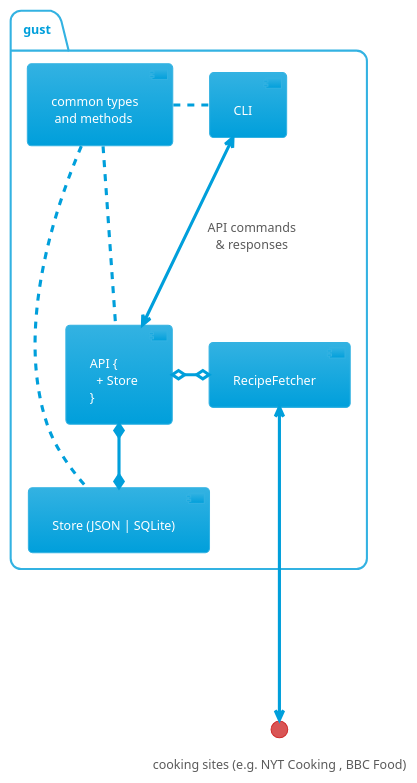
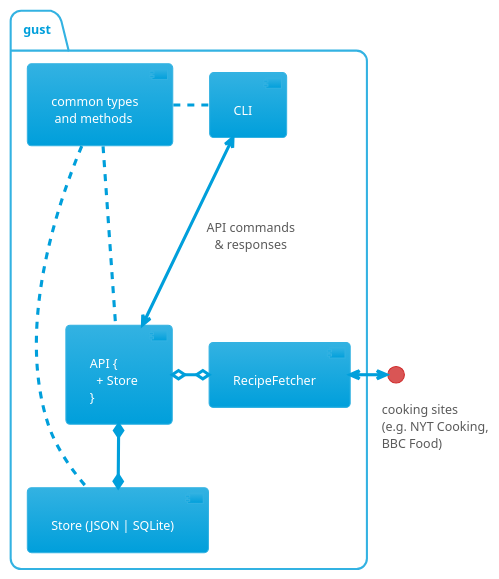
The diagram in docs/diagrams/design.puml (suchapalaver/gust), drawn with PlantUML before and after one commit. The commit also changed 1 other file, not shown here.

Commit message:
docs: fix site text in design diagram

```diff
--- a/docs/diagrams/design.puml
+++ b/docs/diagrams/design.puml
@@ -1,17 +1,17 @@
 @startuml design
 
 !theme bluegray
 skinparam classFontColor darkSlateGray
 
 package "gust" {
   [API {\n  + Store\n}] *-down-* [Store (JSON | SQLite)]
   [CLI] <---> [API {\n  + Store\n}] : API commands\n& responses
   [common types\n and methods] .right. [API {\n  + Store\n}]
   [common types\n and methods] .right. [CLI]
   [common types\n and methods] .right. [Store (JSON | SQLite)]
   [API {\n  + Store\n}] o-right-o [RecipeFetcher]
 }
-interface "cooking sites (e.g. NYT Cooking , BBC Food)" as ext
-[RecipeFetcher] <--down--> ext
+interface "\t\t\tcooking sites\n\t\t\t(e.g. NYT Cooking,\n\t\t\tBBC Food)" as ext
+[RecipeFetcher] <--right--> ext
 
 @enduml
```
